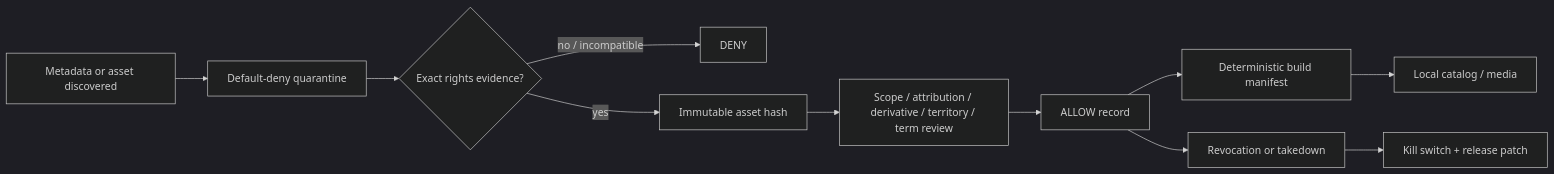
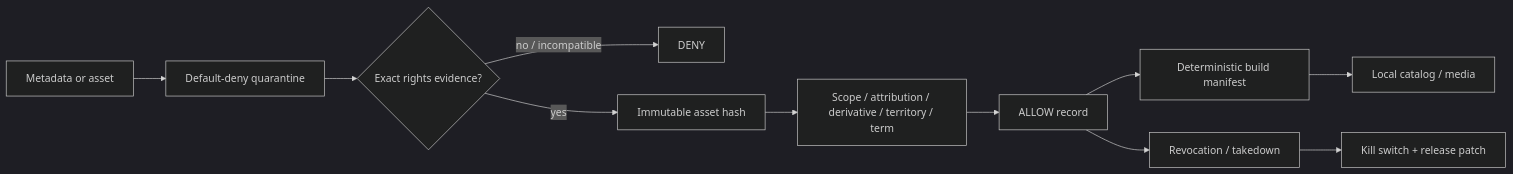
Before and after one commit to ed3c/gym-come-true: the third of 4 diagrams in README.md, drawn with Mermaid (dark theme). The commit also changed other lines of this file and 4 other files, not shown here.

````diff
--- a/README.md
+++ b/README.md
@@ -141,13 +139,13 @@
 ```mermaid
 flowchart LR
-    Discover[Metadata or asset discovered] --> Quarantine[Default-deny quarantine]
+    Discover[Metadata or asset] --> Quarantine[Default-deny quarantine]
     Quarantine --> Rights{Exact rights evidence?}
     Rights -->|no / incompatible| Deny[DENY]
     Rights -->|yes| Hash[Immutable asset hash]
-    Hash --> Review[Scope / attribution / derivative / territory / term review]
+    Hash --> Review[Scope / attribution / derivative / territory / term]
     Review --> Allow[ALLOW record]
     Allow --> Package[Deterministic build manifest]
     Package --> App[Local catalog / media]
-    Allow --> Revoke[Revocation or takedown]
+    Allow --> Revoke[Revocation / takedown]
     Revoke --> Remove[Kill switch + release patch]
 ```
````
